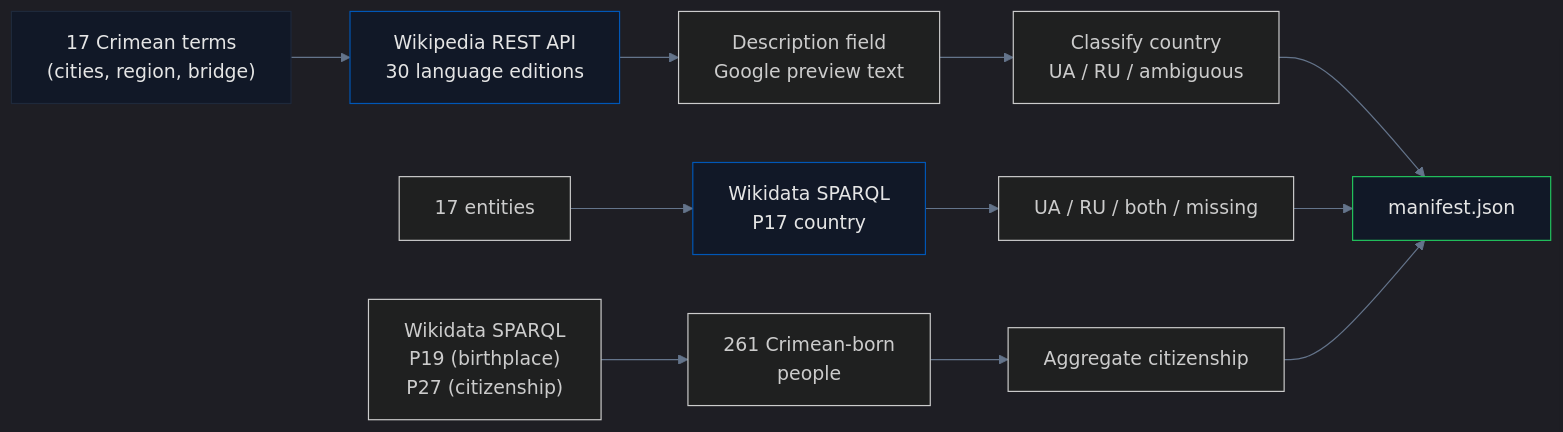
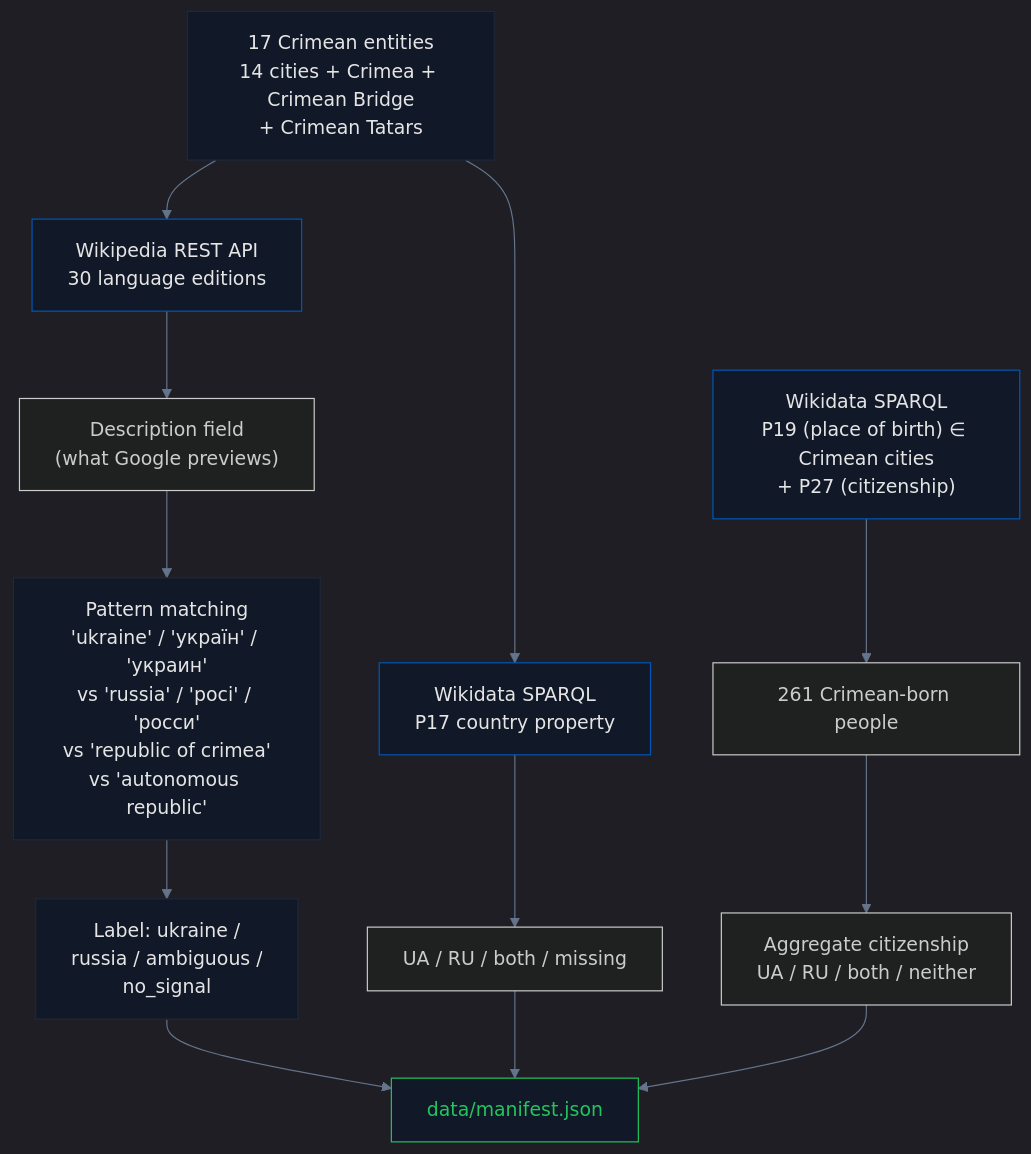
Before and after one commit to IvanDobrovolsky/crimeaisukraine: the diagram in pipelines/wikipedia/README.md, drawn with Mermaid. The commit also changed other lines of this file and 6 other files, not shown here.

````diff
--- a/pipelines/wikipedia/README.md
+++ b/pipelines/wikipedia/README.md
@@ -19,22 +35,26 @@
 ```mermaid
-%%{init: {'theme': 'dark', 'themeVariables': {'primaryColor': '#0057b7', 'secondaryColor': '#ffd700', 'primaryTextColor': '#e5e5e5', 'lineColor': '#64748b', 'primaryBorderColor': '#1e293b'}}}%%
-graph LR
-  A["17 Crimean terms<br/>(cities, region, bridge)"] --> B["Wikipedia REST API<br/>30 language editions"]
-  B --> C["Description field<br/>Google preview text"]
-  C --> D["Classify country<br/>UA / RU / ambiguous"]
+%%{init: {'theme': 'dark', 'themeVariables': {'primaryColor': '#0057b7', 'primaryTextColor': '#e5e5e5', 'lineColor': '#64748b', 'primaryBorderColor': '#1e293b'}}}%%
+graph TB
+    A["17 Crimean entities<br/>14 cities + Crimea + Crimean Bridge<br/>+ Crimean Tatars"] --> B["Wikipedia REST API<br/>30 language editions"]
+    B --> C["Description field<br/>(what Google previews)"]
+    C --> D["Pattern matching<br/>'ukraine' / 'україн' / 'украин'<br/>vs 'russia' / 'росі' / 'росси'<br/>vs 'republic of crimea'<br/>vs 'autonomous republic'"]
+    D --> E["Label: ukraine /<br/>russia / ambiguous /<br/>no_signal"]
 
-  E["17 entities"] --> F["Wikidata SPARQL<br/>P17 country"]
-  F --> G["UA / RU / both / missing"]
+    A --> F["Wikidata SPARQL<br/>P17 country property"]
+    F --> G["UA / RU / both / missing"]
 
-  H["Wikidata SPARQL<br/>P19 (birthplace)<br/>P27 (citizenship)"] --> I["261 Crimean-born<br/>people"]
-  I --> J["Aggregate citizenship"]
+    H["Wikidata SPARQL<br/>P19 (place of birth) ∈ Crimean cities<br/>+ P27 (citizenship)"] --> I["261 Crimean-born people"]
+    I --> J["Aggregate citizenship<br/>UA / RU / both / neither"]
 
-  D --> K["manifest.json"]
-  G --> K
-  J --> K
+    E --> K["data/manifest.json"]
+    G --> K
+    J --> K
 
-  style A fill:#111827,stroke:#1e293b,color:#e5e5e5
-  style B fill:#111827,stroke:#0057b7,color:#e5e5e5
-  style F fill:#111827,stroke:#0057b7,color:#e5e5e5
-  style K fill:#111827,stroke:#22c55e,color:#e5e5e5
+    style A fill:#111827,stroke:#1e293b,color:#e5e5e5
+    style B fill:#111827,stroke:#0057b7,color:#e5e5e5
+    style F fill:#111827,stroke:#0057b7,color:#e5e5e5
+    style H fill:#111827,stroke:#0057b7,color:#e5e5e5
+    style D fill:#111827,stroke:#1e293b,color:#e5e5e5
+    style E fill:#111827,stroke:#1e293b,color:#e5e5e5
+    style K fill:#111827,stroke:#22c55e,color:#22c55e
 ```
````
